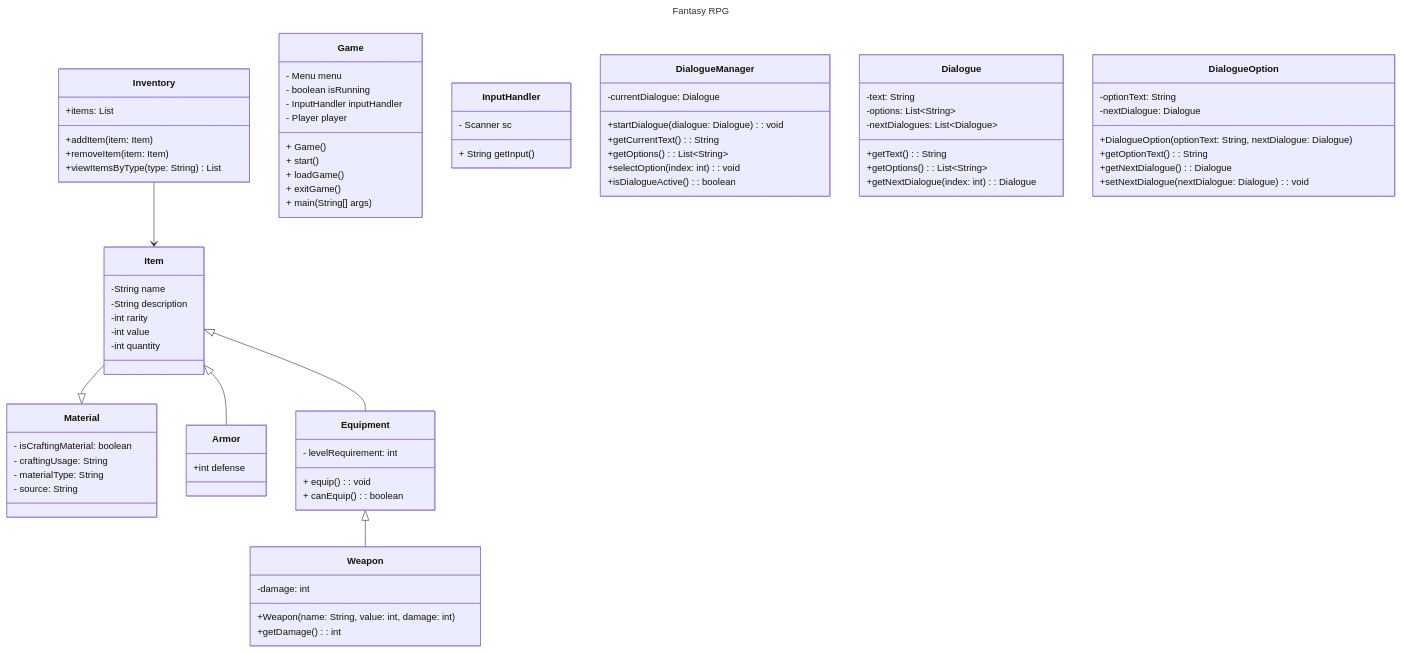
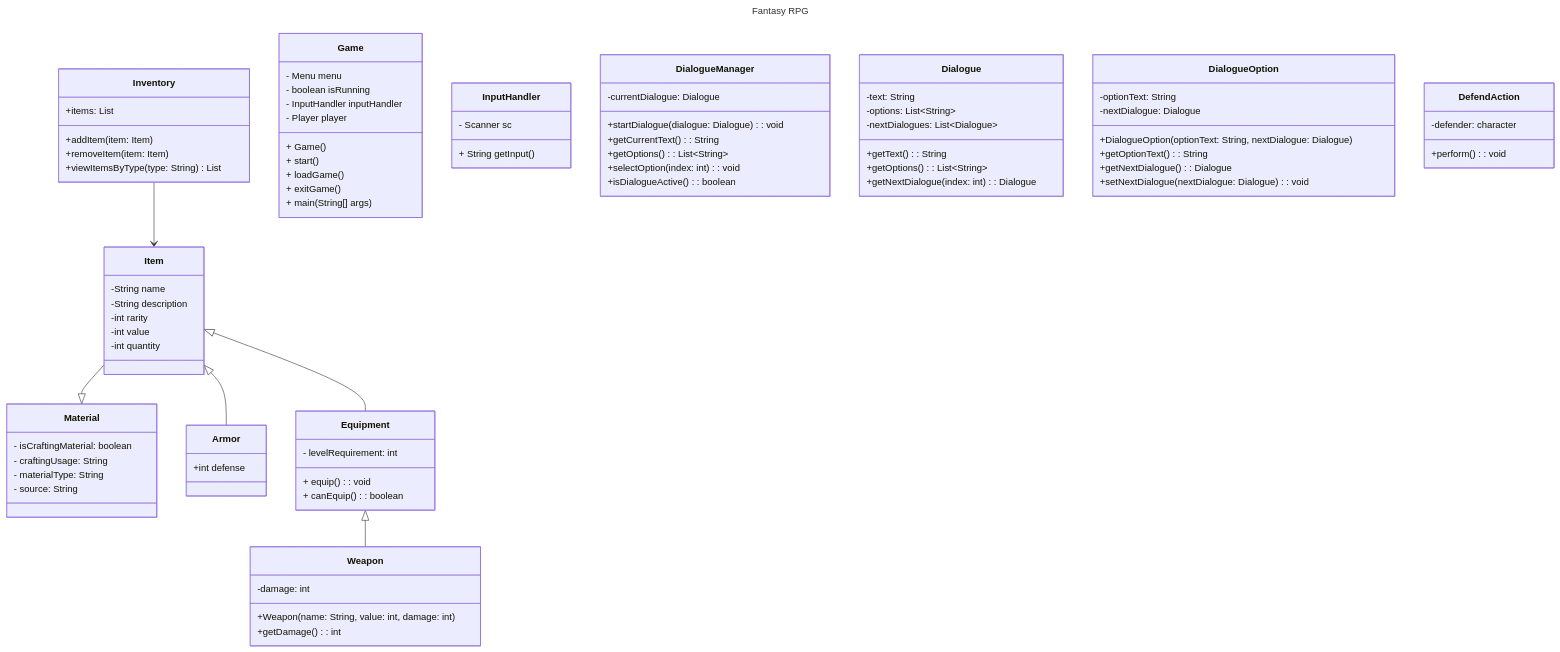
The diagram in wiki/Class-Diagram.md (pacalso-jjc/2425-2nd-cc3-1b-rpg), drawn with Mermaid before and after one commit.

Commit message:
added a class for defend action

````diff
--- a/wiki/Class-Diagram.md
+++ b/wiki/Class-Diagram.md
@@ -94,5 +94,10 @@
         +viewItemsByType(type: String) List
     }
 
+    class Defend Action {
+        -defender: character
+        +perform(): void
+        
+    }
 
 ```
````
